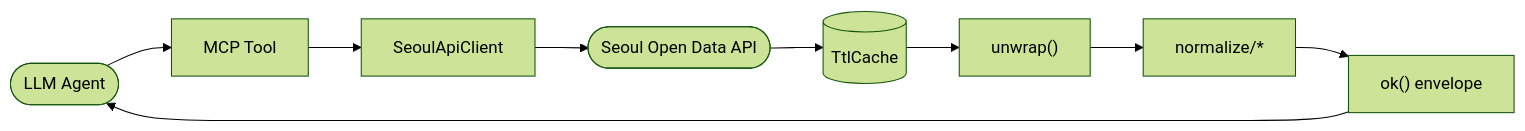
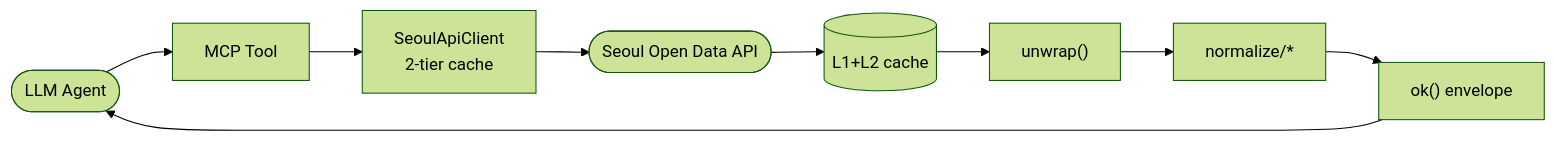
Before and after one commit to whchoi98/seoul-opendata-mcp: the fourth of 4 diagrams in docs/architecture.md, drawn with Mermaid (forest theme). The commit also changed other lines of this file and 6 other files, not shown here.

````diff
--- a/docs/architecture.md
+++ b/docs/architecture.md
@@ -187,9 +190,9 @@
 ```mermaid
 flowchart LR
-  Agent(["LLM Agent"]) --> Tool["MCP Tool"] --> Client[SeoulApiClient] --> API(["Seoul Open Data API"])
-  API --> Cache[(TtlCache)]
+  Agent(["LLM Agent"]) --> Tool["MCP Tool"] --> Client["SeoulApiClient<br/>2-tier cache"] --> API(["Seoul Open Data API"])
+  API --> Cache[("L1+L2 cache")]
   Cache --> Unwrap["unwrap()"]
   Unwrap --> Normalize["normalize/*"]
   Normalize --> Envelope["ok() envelope"]
   Envelope --> Agent
 ```
````
